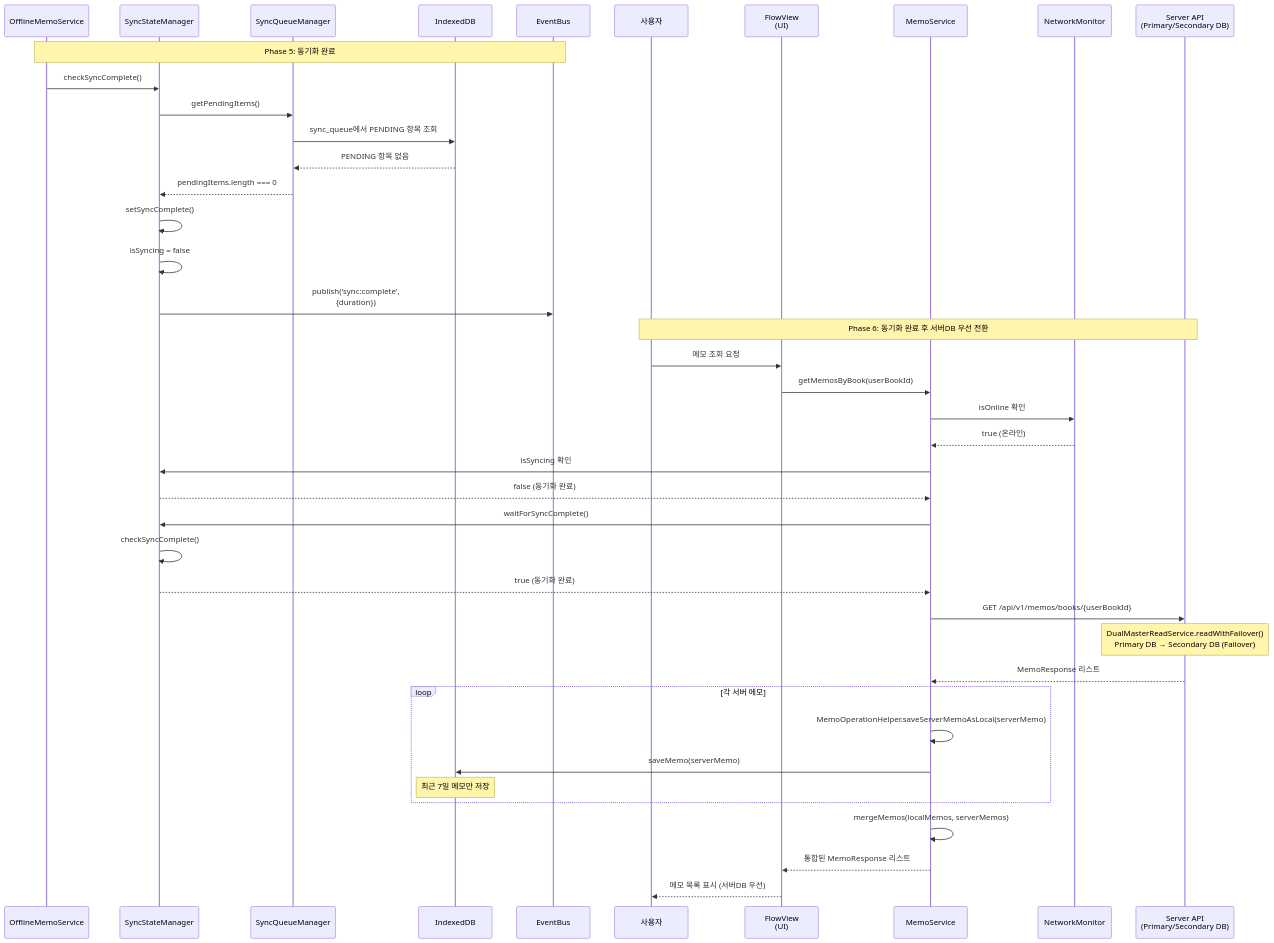
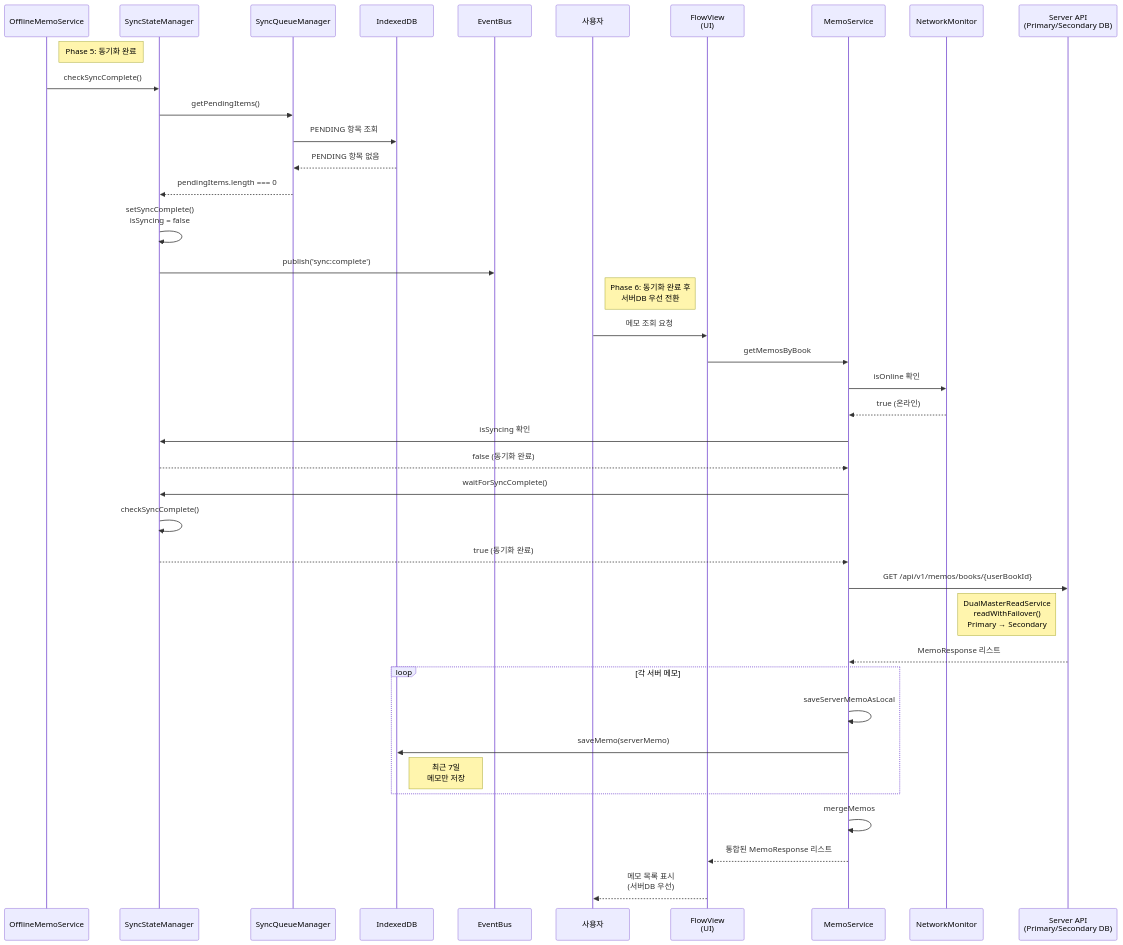
One commit to Park-Yena00/Reading_tracker changed the fourth of 5 diagrams in docs/architecture/SCENARIO1_RUNTIME_VIEW.md. Above: the diagram before and after it, drawn with Mermaid. The commit also changed other lines of this file and 2 other files, not shown here.

First line of the commit message:
docs: 다이어그램 선과 주석 겹침 문제 수정

````diff
--- a/docs/architecture/SCENARIO1_RUNTIME_VIEW.md
+++ b/docs/architecture/SCENARIO1_RUNTIME_VIEW.md
@@ -143,49 +142,48 @@
 ```mermaid
 sequenceDiagram
     participant OfflineService as OfflineMemoService
     participant SyncStateMgr as SyncStateManager
     participant SyncQueueMgr as SyncQueueManager
     participant IndexedDB as IndexedDB
     participant EventBus as EventBus
     participant User as 사용자
     participant UI as FlowView<br/>(UI)
     participant MemoService as MemoService
     participant NetworkMonitor as NetworkMonitor
     participant ServerAPI as Server API<br/>(Primary/Secondary DB)
 
-    Note over OfflineService,EventBus: Phase 5: 동기화 완료
+    Note right of OfflineService: Phase 5: 동기화 완료
     OfflineService->>SyncStateMgr: checkSyncComplete()
     SyncStateMgr->>SyncQueueMgr: getPendingItems()
-    SyncQueueMgr->>IndexedDB: sync_queue에서 PENDING 항목 조회
+    SyncQueueMgr->>IndexedDB: PENDING 항목 조회
     IndexedDB-->>SyncQueueMgr: PENDING 항목 없음
     SyncQueueMgr-->>SyncStateMgr: pendingItems.length === 0
-    SyncStateMgr->>SyncStateMgr: setSyncComplete()
-    SyncStateMgr->>SyncStateMgr: isSyncing = false
-    SyncStateMgr->>EventBus: publish('sync:complete',<br/>{duration})
+    SyncStateMgr->>SyncStateMgr: setSyncComplete()<br/>isSyncing = false
+    SyncStateMgr->>EventBus: publish('sync:complete')
     
-    Note over User,ServerAPI: Phase 6: 동기화 완료 후 서버DB 우선 전환
+    Note right of User: Phase 6: 동기화 완료 후<br/>서버DB 우선 전환
     User->>UI: 메모 조회 요청
-    UI->>MemoService: getMemosByBook(userBookId)
+    UI->>MemoService: getMemosByBook
     MemoService->>NetworkMonitor: isOnline 확인
     NetworkMonitor-->>MemoService: true (온라인)
     MemoService->>SyncStateMgr: isSyncing 확인
     SyncStateMgr-->>MemoService: false (동기화 완료)
     
     MemoService->>SyncStateMgr: waitForSyncComplete()
     SyncStateMgr->>SyncStateMgr: checkSyncComplete()
     SyncStateMgr-->>MemoService: true (동기화 완료)
     
     MemoService->>ServerAPI: GET /api/v1/memos/books/{userBookId}
-    Note over ServerAPI: DualMasterReadService.readWithFailover()<br/>Primary DB → Secondary DB (Failover)
+    Note left of ServerAPI: DualMasterReadService<br/>readWithFailover()<br/>Primary → Secondary
     ServerAPI-->>MemoService: MemoResponse 리스트
     
     loop 각 서버 메모
-        MemoService->>MemoService: MemoOperationHelper.saveServerMemoAsLocal(serverMemo)
+        MemoService->>MemoService: saveServerMemoAsLocal
         MemoService->>IndexedDB: saveMemo(serverMemo)
-        Note over IndexedDB: 최근 7일 메모만 저장
+        Note right of IndexedDB: 최근 7일<br/>메모만 저장
     end
     
-    MemoService->>MemoService: mergeMemos(localMemos, serverMemos)
+    MemoService->>MemoService: mergeMemos
     MemoService-->>UI: 통합된 MemoResponse 리스트
-    UI-->>User: 메모 목록 표시 (서버DB 우선)
+    UI-->>User: 메모 목록 표시<br/>(서버DB 우선)
 ```
````
